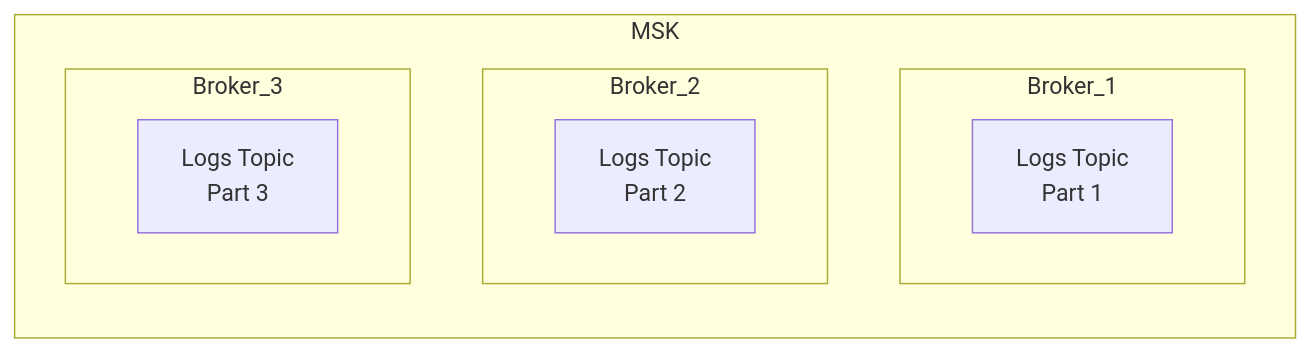
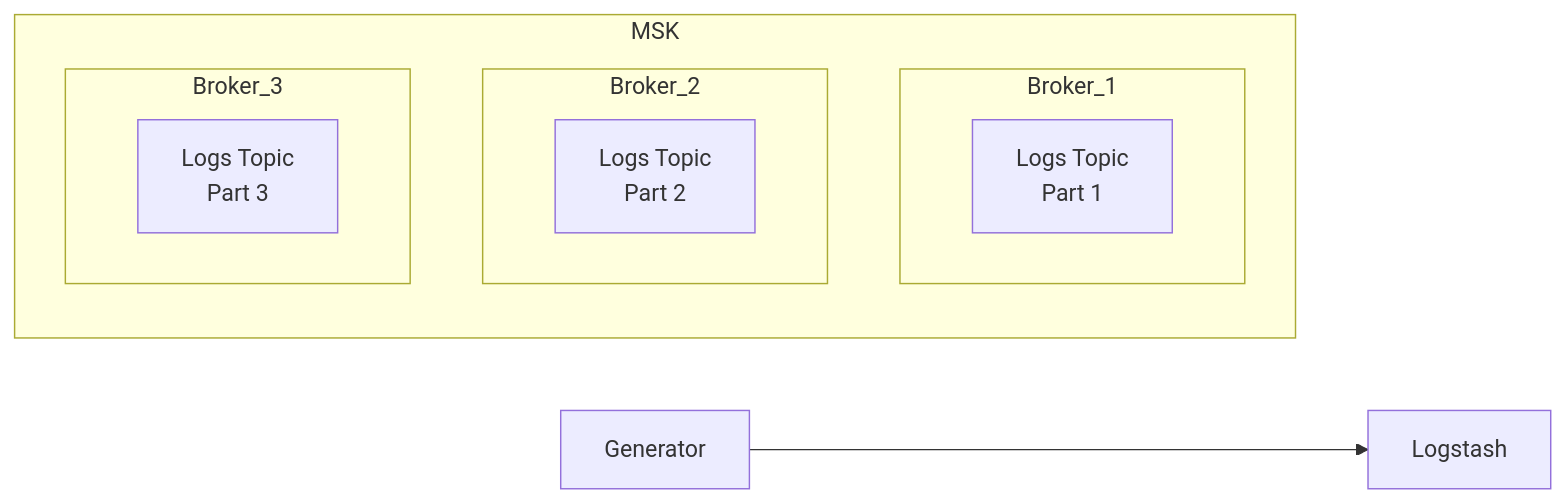
The second of 2 diagrams in README.md (Saskia-MDTP/can-hedgehogs-fly), drawn with Mermaid before and after one commit.

````diff
--- a/README.md
+++ b/README.md
@@ -15,14 +15,15 @@
 ```mermaid
   graph LR;
       subgraph MSK
           subgraph Broker_1
               P1[Logs Topic<br/>Part 1];
            end
           subgraph Broker_2
               P2[Logs Topic<br/>Part 2];
            end
           subgraph Broker_3
               P3[Logs Topic<br/>Part 3];
            end
        end
+   Generator-->Logstash;
 ```
````
